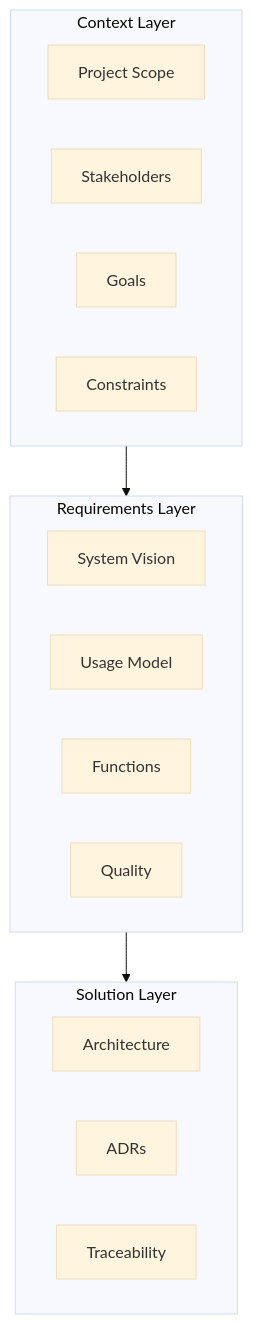
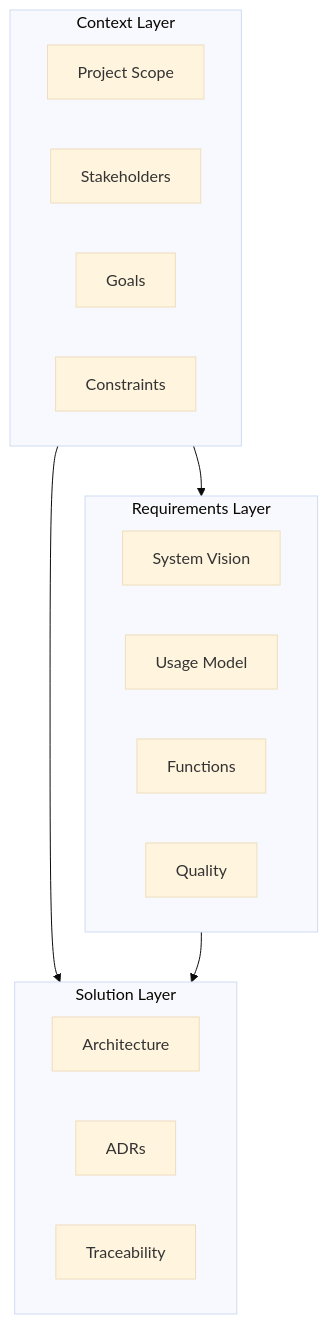
The diagram in packages/docs/src/content/docs/development/index.md (cameronraysmith/vanixiets), drawn with Mermaid (base theme) before and after one commit.

Commit message:
docs(development): restructure AMDiRE diagram as triangle

````diff
--- a/packages/docs/src/content/docs/development/index.md
+++ b/packages/docs/src/content/docs/development/index.md
@@ -11,25 +11,26 @@
 ```mermaid
 flowchart TB
     subgraph context["Context Layer"]
         scope["Project Scope"]
         stakeholders["Stakeholders"]
         goals["Goals"]
         constraints["Constraints"]
     end
 
     subgraph requirements["Requirements Layer"]
         vision["System Vision"]
         usage["Usage Model"]
         functional["Functions"]
         quality["Quality"]
     end
 
     subgraph solution["Solution Layer"]
         archspec["Architecture"]
         adrs["ADRs"]
         traceability["Traceability"]
     end
 
     context --> requirements
+    context --> solution
     requirements --> solution
 ```
````
